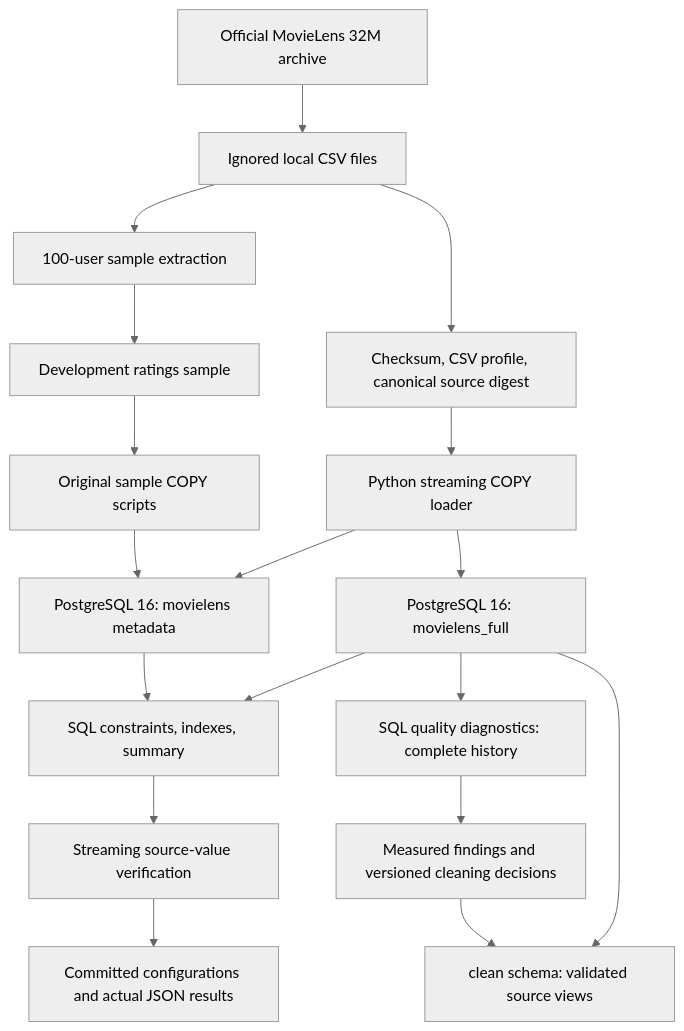
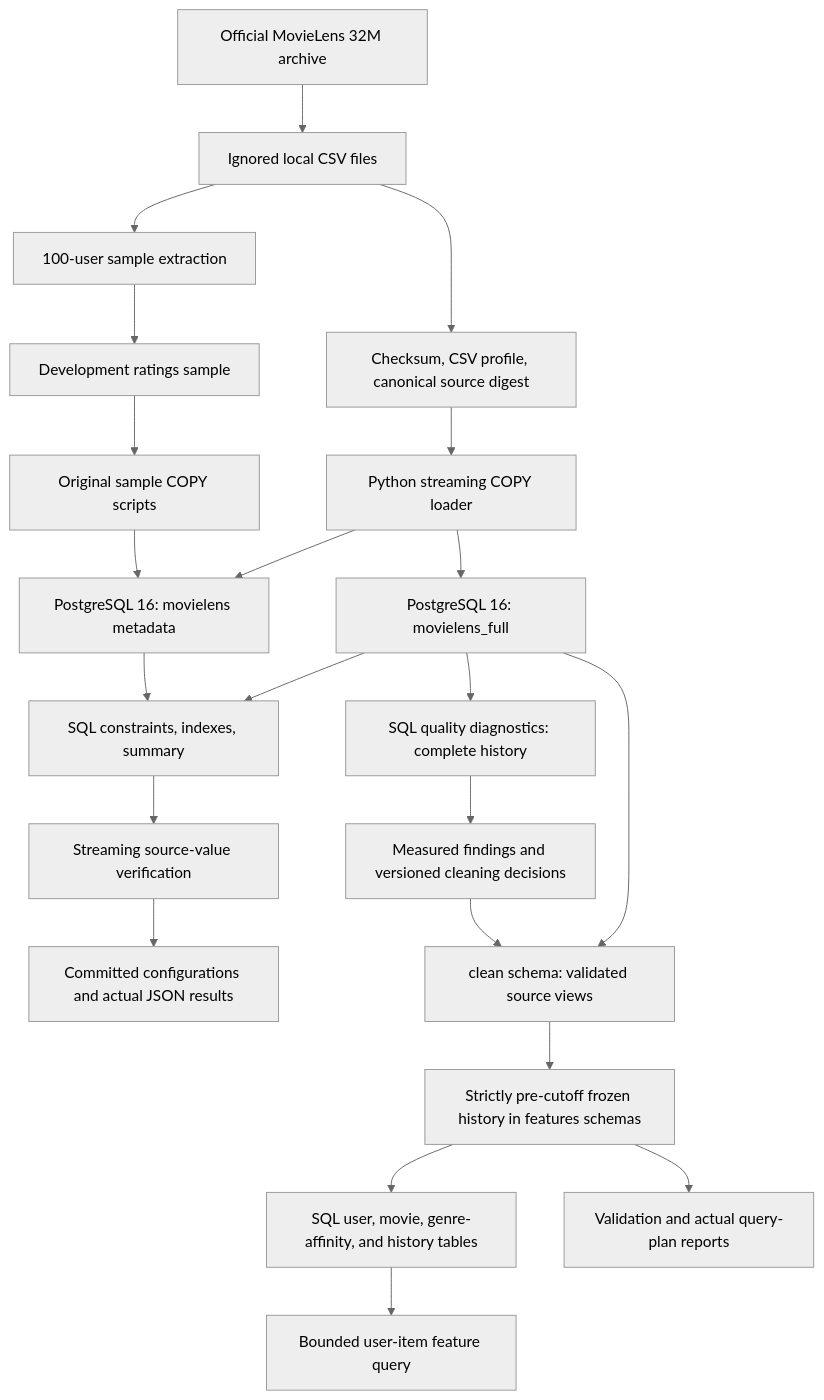
The diagram in docs/architecture.md (axia4133/personalized-recommendation-system), drawn with Mermaid (neutral theme) before and after one commit. The commit also changed other lines of this file and 24 other files, not shown here.

Commit message:
feat(sql): build cutoff-based recommendation feature snapshots

````diff
--- a/docs/architecture.md
+++ b/docs/architecture.md
@@ -3,20 +3,24 @@
 ```mermaid
 flowchart TD
     A[Official MovieLens 32M archive] --> B[Ignored local CSV files]
     B --> C[Checksum, CSV profile, canonical source digest]
     B --> D[100-user sample extraction]
     D --> E[Development ratings sample]
     C --> F[Python streaming COPY loader]
     E --> G[Original sample COPY scripts]
     F --> H[PostgreSQL 16: movielens_full]
     F --> I[PostgreSQL 16: movielens metadata]
     G --> I
     H --> J[SQL constraints, indexes, summary]
     I --> J
     J --> K[Streaming source-value verification]
     K --> L[Committed configurations and actual JSON results]
     H --> M[SQL quality diagnostics: complete history]
     M --> N[Measured findings and versioned cleaning decisions]
     H --> O[clean schema: validated source views]
     N --> O
+    O --> P[Strictly pre-cutoff frozen history in features schemas]
+    P --> Q[SQL user, movie, genre-affinity, and history tables]
+    Q --> R[Bounded user-item feature query]
+    P --> S[Validation and actual query-plan reports]
 ```
````
